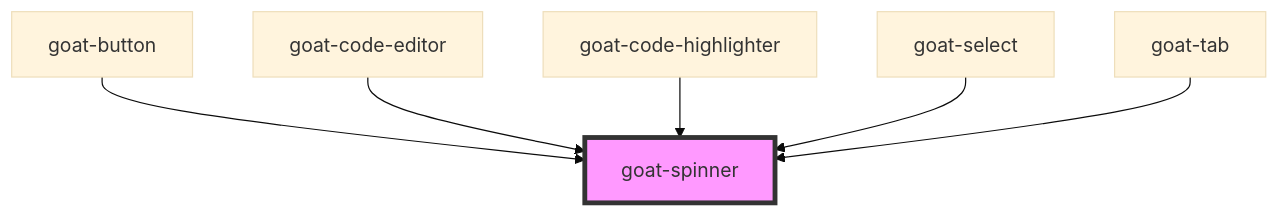
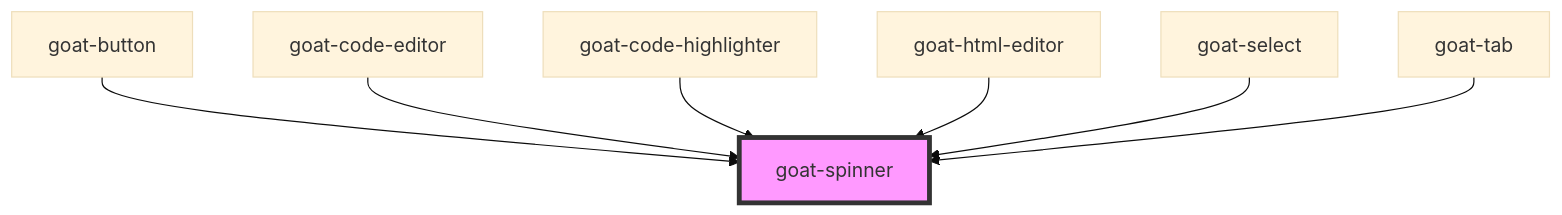
The diagram in src/components/feedback/spinner/readme.md (goatui/components), drawn with Mermaid (base theme) before and after one commit. The commit also changed other lines of this file and 34 other files, not shown here.

````diff
--- a/src/components/feedback/spinner/readme.md
+++ b/src/components/feedback/spinner/readme.md
@@ -26,9 +27,10 @@
 ```mermaid
 graph TD;
   goat-button --> goat-spinner
   goat-code-editor --> goat-spinner
   goat-code-highlighter --> goat-spinner
+  goat-html-editor --> goat-spinner
   goat-select --> goat-spinner
   goat-tab --> goat-spinner
   style goat-spinner fill:#f9f,stroke:#333,stroke-width:4px
 ```
````
